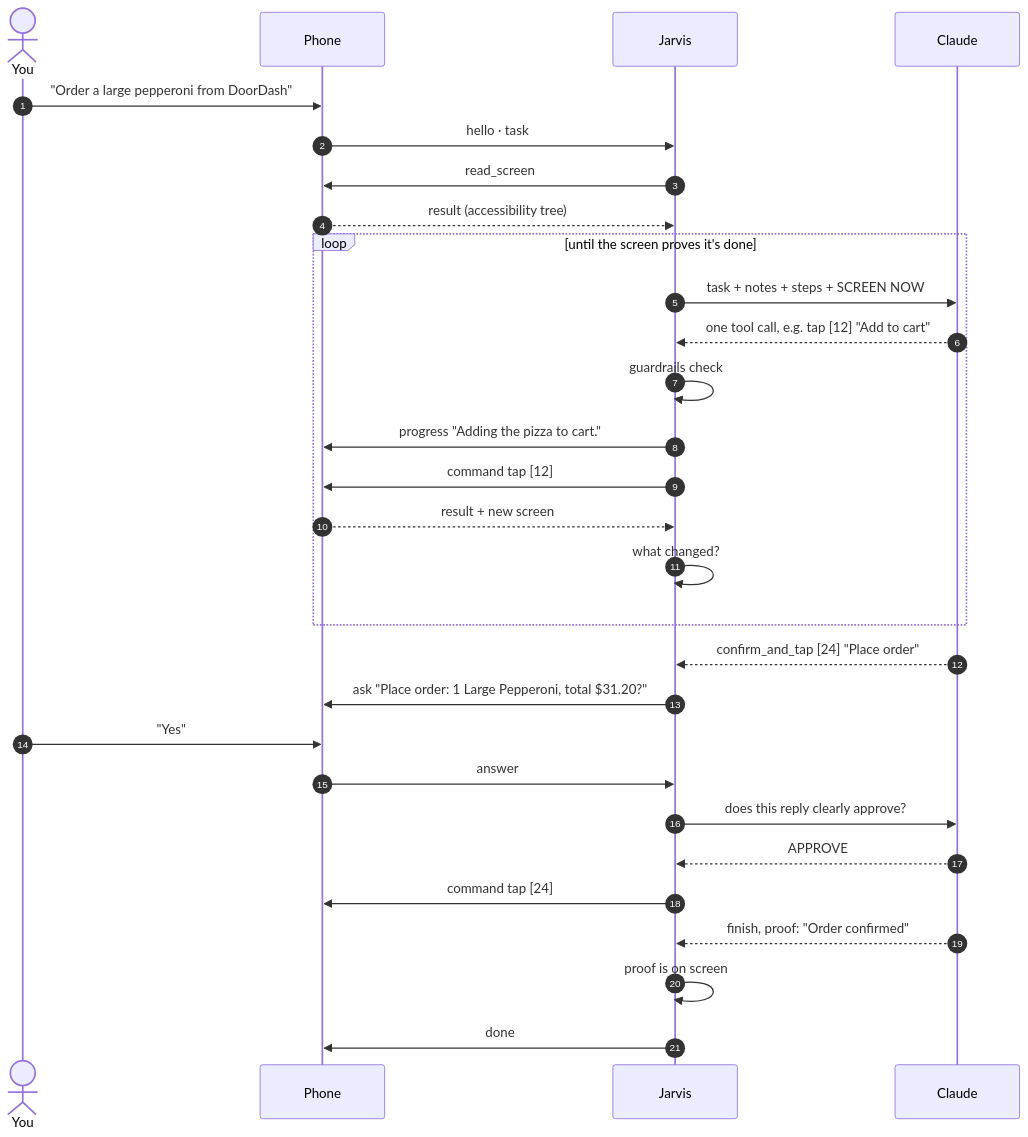
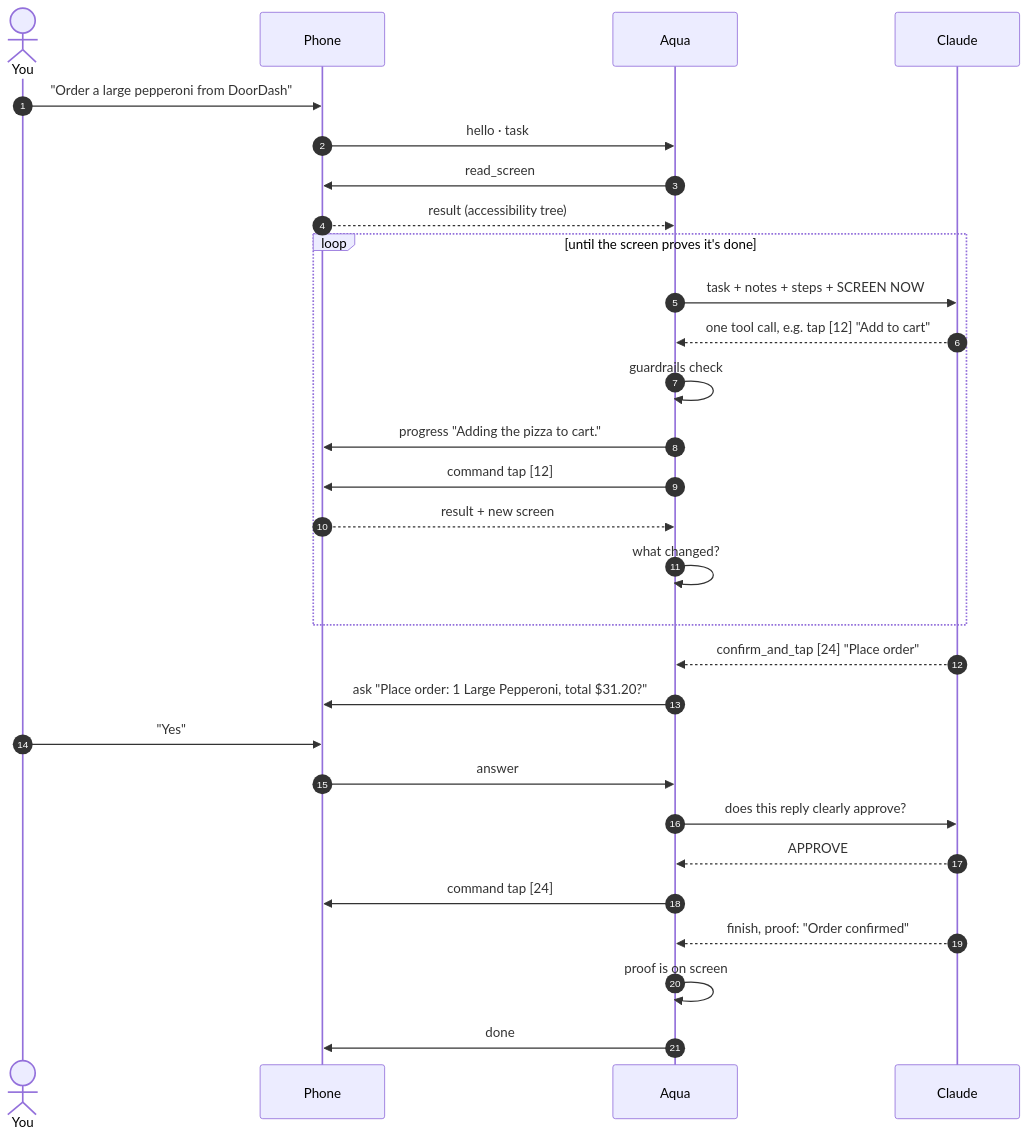
Before and after one commit to akash-ravi/AQUA: the diagram in README.md, drawn with Mermaid. The commit also changed other lines of this file and 39 other files, not shown here.

````diff
--- a/README.md
+++ b/README.md
@@ -258,32 +258,32 @@
 ```mermaid
 sequenceDiagram
     autonumber
     actor U as You
     participant P as Phone
-    participant J as Jarvis
+    participant J as Aqua
     participant C as Claude
 
     U->>P: "Order a large pepperoni from DoorDash"
     P->>J: hello · task
     J->>P: read_screen
     P-->>J: result (accessibility tree)
     loop until the screen proves it's done
         J->>C: task + notes + steps + SCREEN NOW
         C-->>J: one tool call, e.g. tap [12] "Add to cart"
         J->>J: guardrails check
         J->>P: progress "Adding the pizza to cart."
         J->>P: command tap [12]
         P-->>J: result + new screen
         J->>J: what changed?
     end
     C-->>J: confirm_and_tap [24] "Place order"
     J->>P: ask "Place order: 1 Large Pepperoni, total $31.20?"
     U->>P: "Yes"
     P->>J: answer
     J->>C: does this reply clearly approve?
     C-->>J: APPROVE
     J->>P: command tap [24]
     C-->>J: finish, proof: "Order confirmed"
     J->>J: proof is on screen
     J->>P: done
 ```
````
